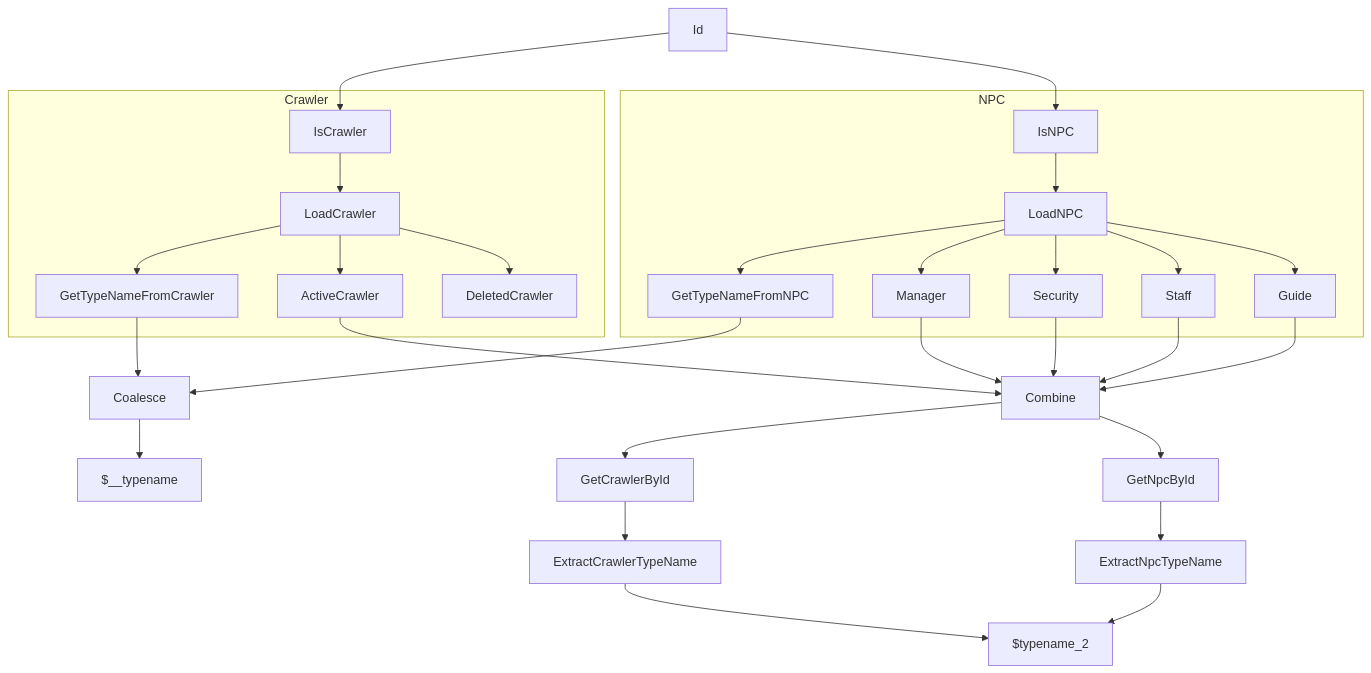
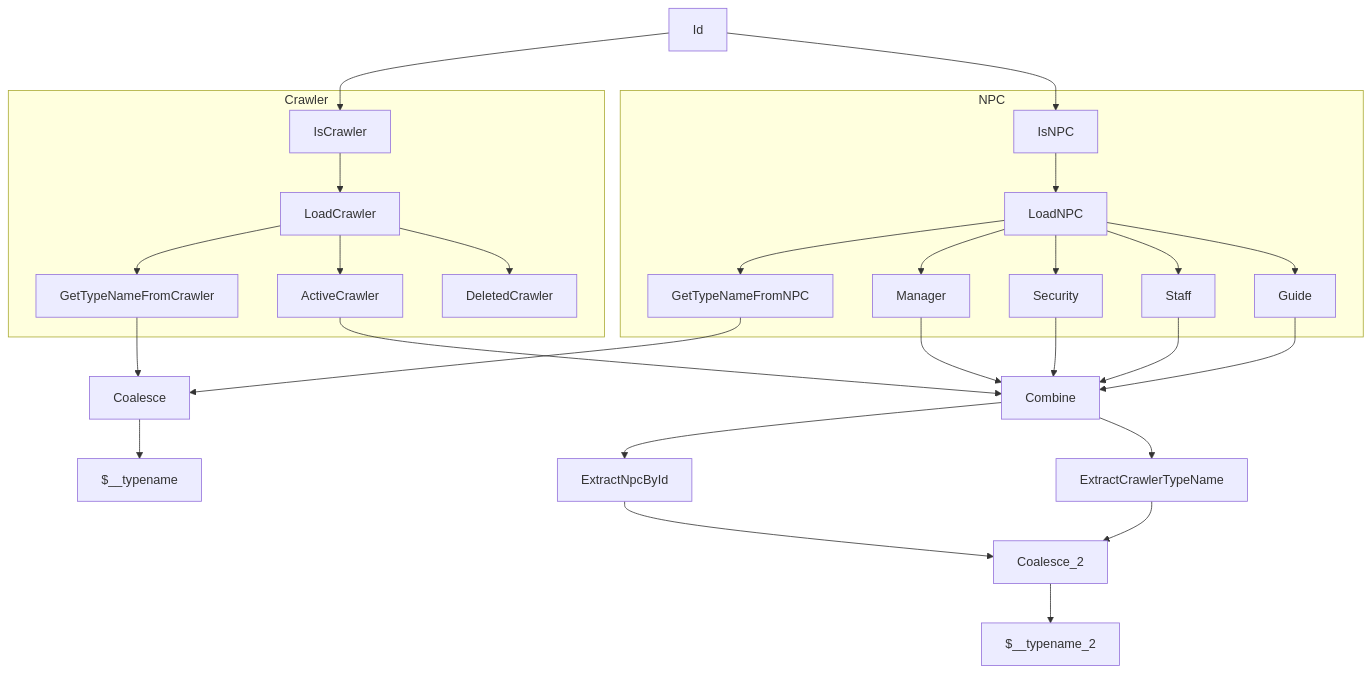
Before and after one commit to graphile/crystal: the diagram in grafast/grafast/__tests__/dcc/queries/friends-of-friends.md, drawn with Mermaid. The commit also changed 1 other file, not shown here.

Commit message:
docs for bestFriend

````diff
--- a/grafast/grafast/__tests__/dcc/queries/friends-of-friends.md
+++ b/grafast/grafast/__tests__/dcc/queries/friends-of-friends.md
@@ -5,28 +5,29 @@
 ```mermaid
-graph TD
-Id --> IsCrawler
-Id --> IsNPC
+  graph TD
 
-subgraph Crawler
-IsCrawler --> LoadCrawler
-LoadCrawler --> GetTypeNameFromCrawler
-LoadCrawler --> ActiveCrawler
-LoadCrawler --> DeletedCrawler
-end
+  Id --> IsCrawler
+  Id --> IsNPC
 
-subgraph NPC
-IsNPC --> LoadNPC
-LoadNPC --> GetTypeNameFromNPC
-LoadNPC --> Manager & Security & Staff & Guide
-end
+  subgraph Crawler
+  IsCrawler --> LoadCrawler
+  LoadCrawler --> GetTypeNameFromCrawler
+  LoadCrawler --> ActiveCrawler
+  LoadCrawler --> DeletedCrawler
+  end
 
-GetTypeNameFromCrawler & GetTypeNameFromNPC --> Coalesce
-Coalesce --> $__typename
+  subgraph NPC
+  IsNPC --> LoadNPC
+  LoadNPC --> GetTypeNameFromNPC
+  LoadNPC --> Manager & Security & Staff & Guide
+  end
 
-ActiveCrawler & Manager & Security & Staff & Guide --> Combine
-Combine --> GetCrawlerById & GetNpcById
+  GetTypeNameFromCrawler & GetTypeNameFromNPC --> Coalesce
+  Coalesce --> $__typename
 
-GetCrawlerById --> ExtractCrawlerTypeName
-GetNpcById --> ExtractNpcTypeName
-ExtractCrawlerTypeName & ExtractNpcTypeName --> $typename_2
+  ActiveCrawler & Manager & Security & Staff & Guide --> Combine
+
+  Combine --> ExtractNpcById & ExtractCrawlerTypeName
+
+  ExtractNpcById & ExtractCrawlerTypeName --> Coalesce_2
+  Coalesce_2 --> $__typename_2
 ```
````
